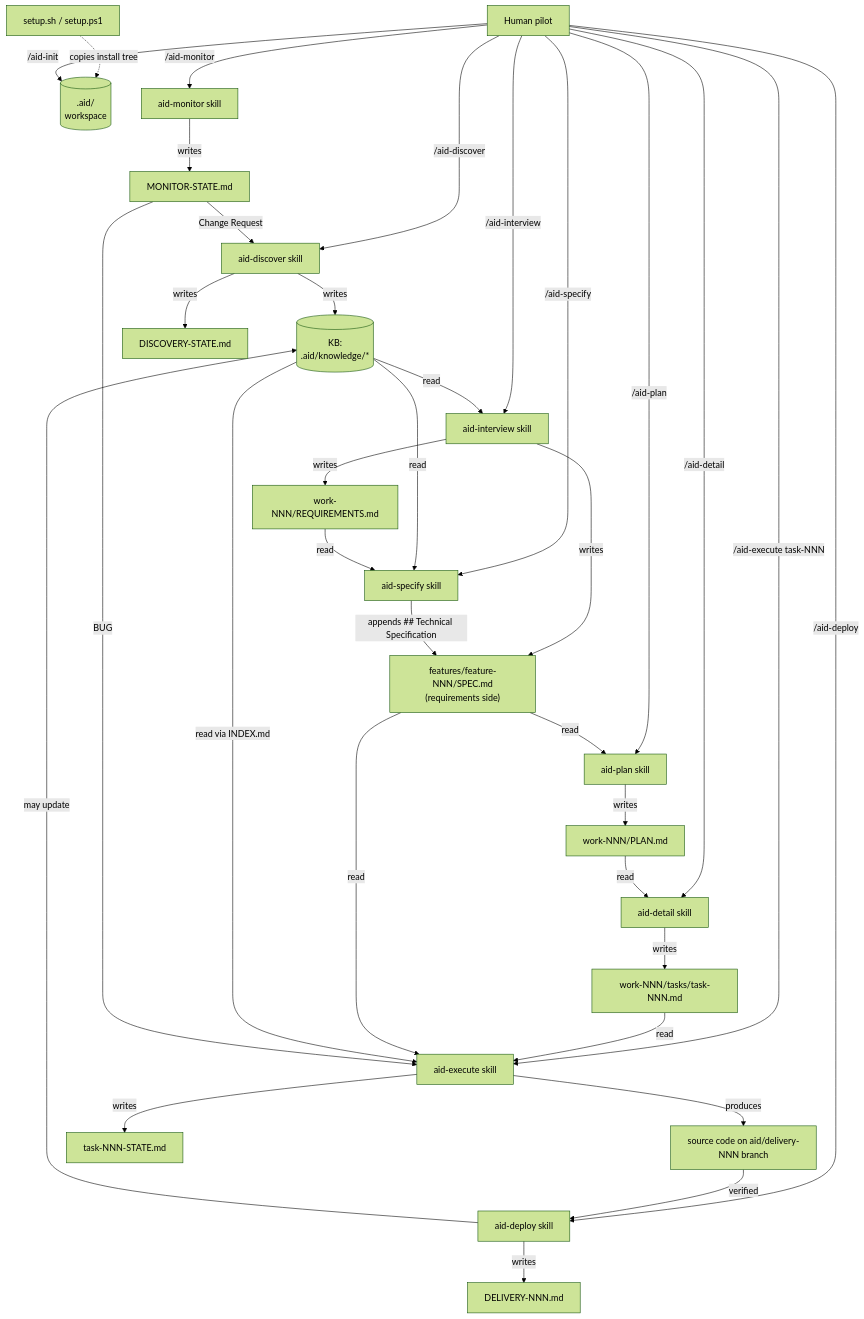
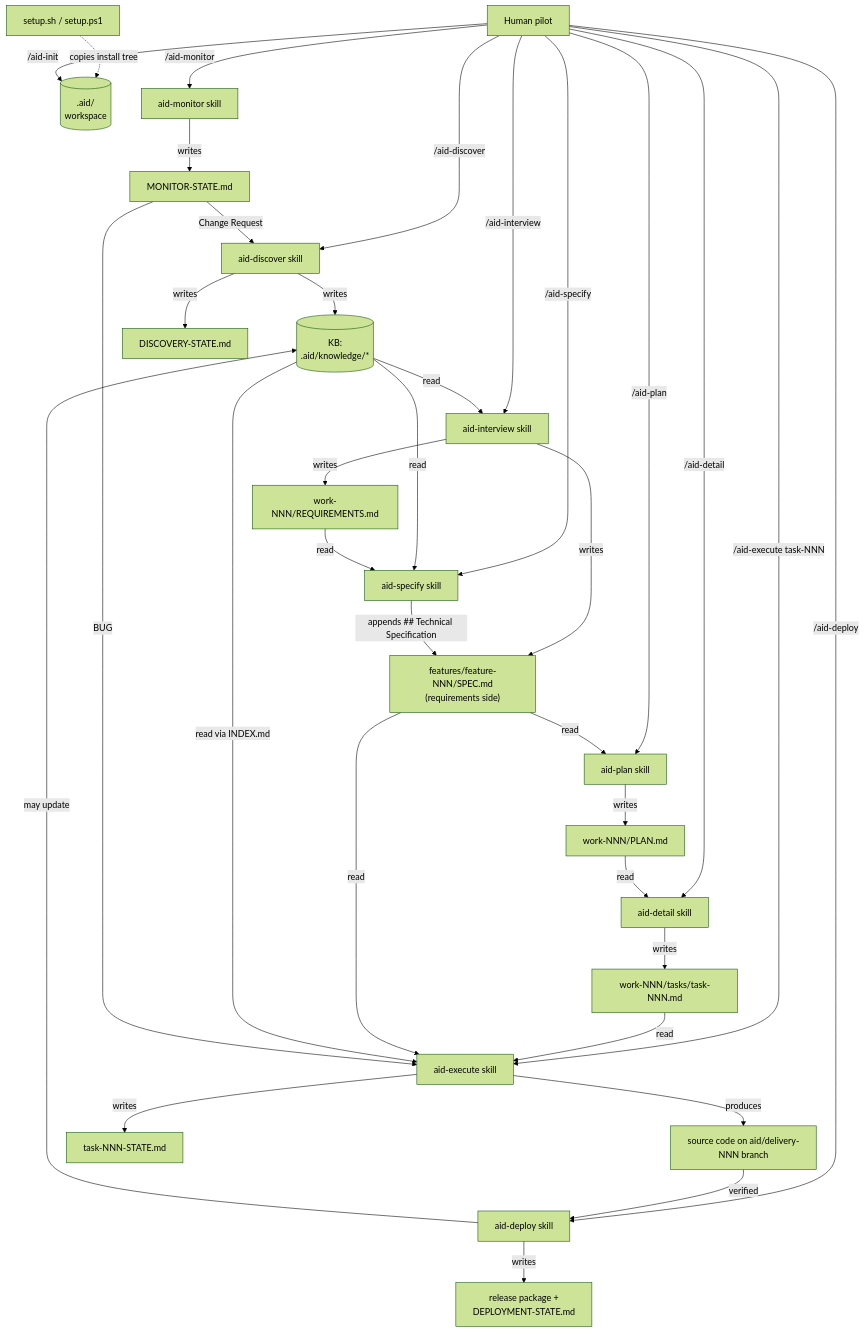
The third of 3 diagrams in .aid/knowledge/architecture.md (AndreVianna/aid-methodology), drawn with Mermaid (forest theme) before and after one commit. The commit also changed other lines of this file and 13 other files, not shown here.

````diff
--- a/.aid/knowledge/architecture.md
+++ b/.aid/knowledge/architecture.md
@@ -353,49 +353,49 @@
 ```mermaid
 flowchart TB
   HUMAN["Human pilot"]
   SETUP["setup.sh / setup.ps1"]
   AID[(".aid/<br/>workspace")]
   KB[("KB:<br/>.aid/knowledge/*")]
 
   SETUP -. "copies install tree" .-> AID
 
   HUMAN -- "/aid-init" --> AID
   HUMAN -- "/aid-discover" --> DISC["aid-discover skill"]
   DISC -- "writes" --> KB
   DISC -- "writes" --> DSTATE["DISCOVERY-STATE.md"]
 
   HUMAN -- "/aid-interview" --> INT["aid-interview skill"]
   KB -- "read" --> INT
   INT -- "writes" --> REQ["work-NNN/REQUIREMENTS.md"]
   INT -- "writes" --> FSPEC["features/feature-NNN/SPEC.md<br/>(requirements side)"]
 
   HUMAN -- "/aid-specify" --> SPEC["aid-specify skill"]
   KB -- "read" --> SPEC
   REQ -- "read" --> SPEC
   SPEC -- "appends ## Technical Specification" --> FSPEC
 
   HUMAN -- "/aid-plan" --> PLAN["aid-plan skill"]
   FSPEC -- "read" --> PLAN
   PLAN -- "writes" --> PLANMD["work-NNN/PLAN.md"]
 
   HUMAN -- "/aid-detail" --> DET["aid-detail skill"]
   PLANMD -- "read" --> DET
   DET -- "writes" --> TASKS["work-NNN/tasks/task-NNN.md"]
 
   HUMAN -- "/aid-execute task-NNN" --> EXE["aid-execute skill"]
   TASKS -- "read" --> EXE
   FSPEC -- "read" --> EXE
   KB -- "read via INDEX.md" --> EXE
   EXE -- "produces" --> CODE["source code on aid/delivery-NNN branch"]
   EXE -- "writes" --> TSTATE["task-NNN-STATE.md"]
 
   HUMAN -- "/aid-deploy" --> DEP["aid-deploy skill"]
   CODE -- "verified" --> DEP
-  DEP -- "writes" --> DELIV["DELIVERY-NNN.md"]
+  DEP -- "writes" --> DELIV["release package +<br/>DEPLOYMENT-STATE.md"]
   DEP -- "may update" --> KB
 
   HUMAN -- "/aid-monitor" --> MON["aid-monitor skill"]
   MON -- "writes" --> MSTATE["MONITOR-STATE.md"]
   MSTATE -- "BUG" --> EXE
   MSTATE -- "Change Request" --> DISC
 ```
````
